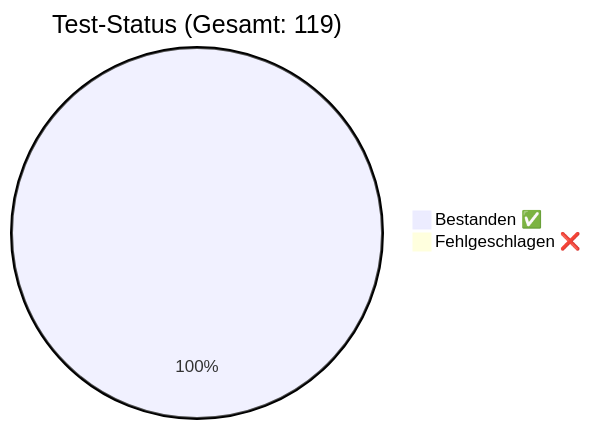
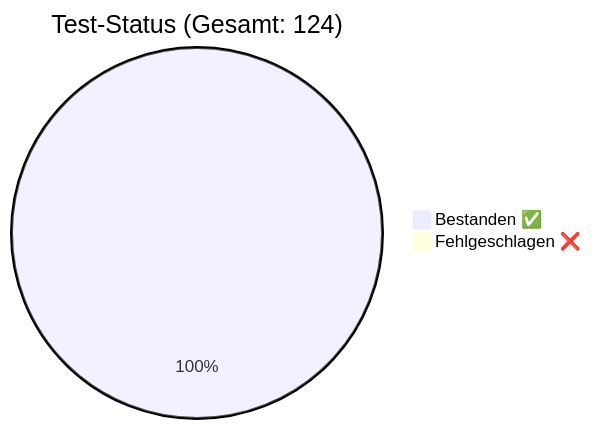
Before and after one commit to rorila/GCS: the diagram in docs/QA_Report.md, drawn with Mermaid. The commit also changed other lines of this file and 10 other files, not shown here.

````diff
--- a/docs/QA_Report.md
+++ b/docs/QA_Report.md
@@ -7,5 +7,5 @@
 ```mermaid
-pie title Test-Status (Gesamt: 119)
-    "Bestanden ✅" : 119
+pie title Test-Status (Gesamt: 124)
+    "Bestanden ✅" : 124
     "Fehlgeschlagen ❌" : 0
 ```
````
